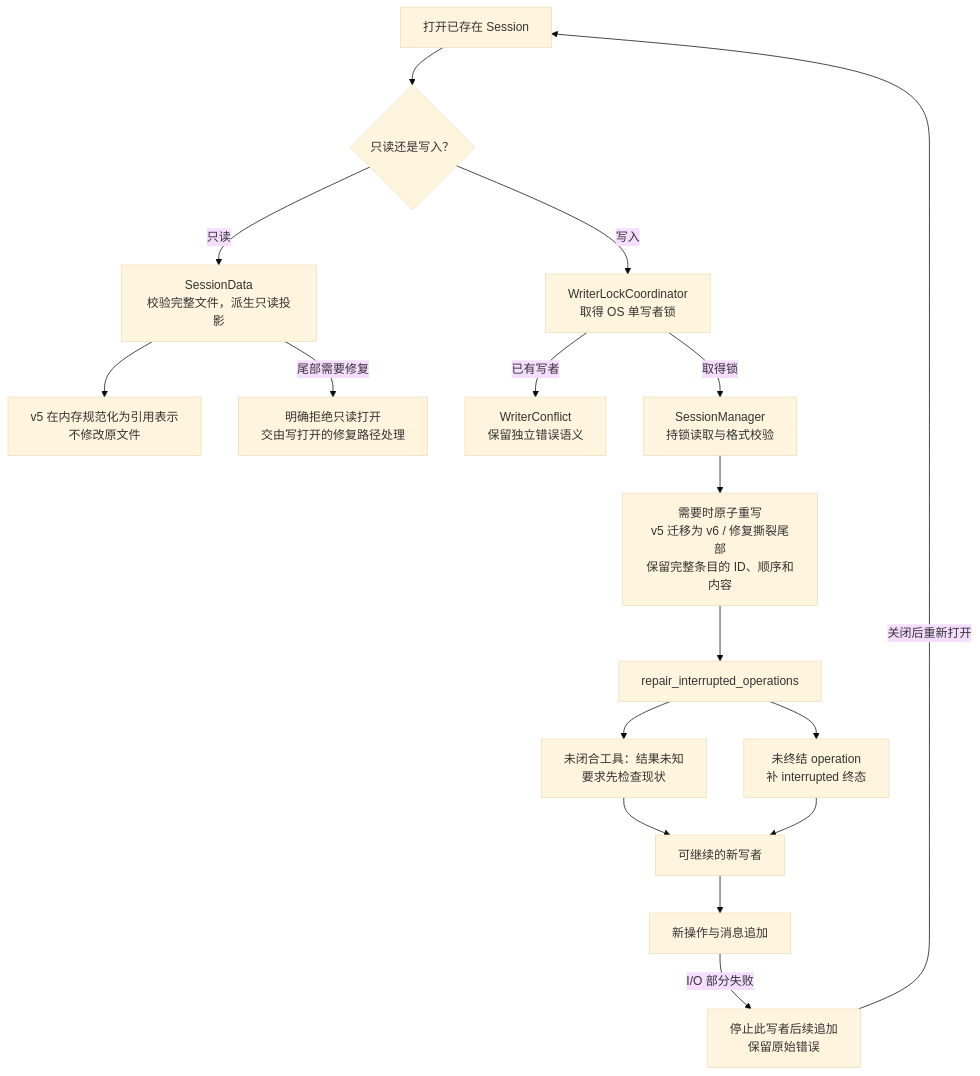
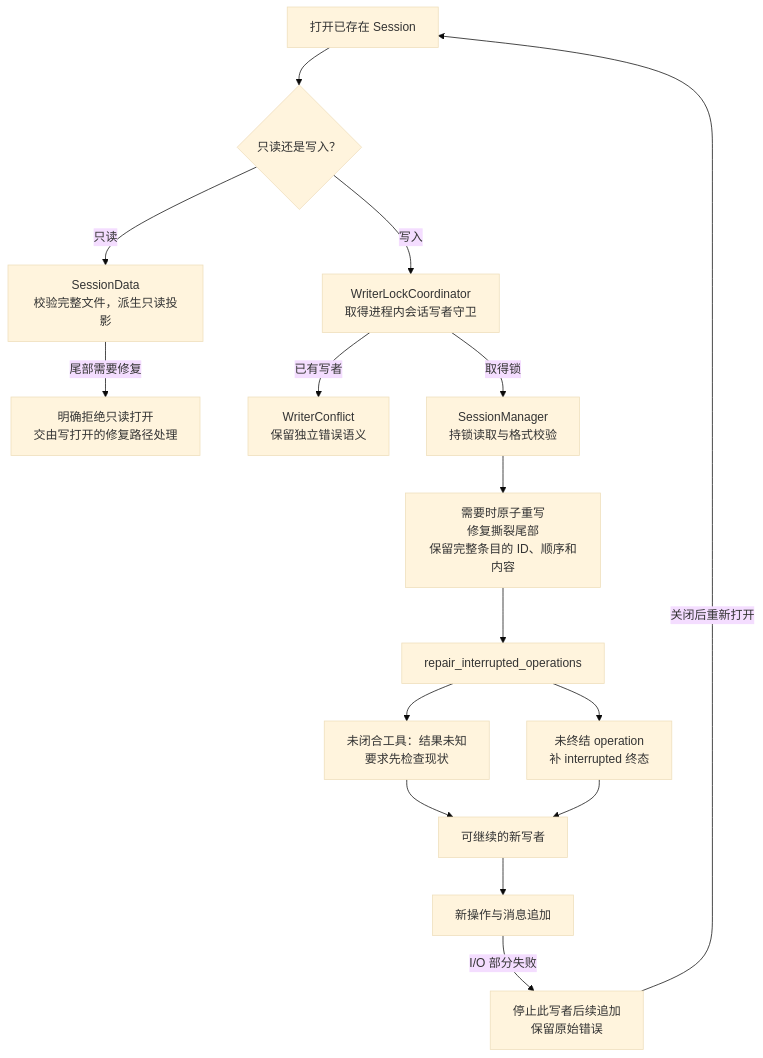
Diagram 28 of 29 in docs/singularity.md (qjcnmd/singularity-agent), drawn with Mermaid (base theme) before and after one commit. The commit also changed other lines of this file and 99 other files, not shown here.

````diff
--- a/docs/singularity.md
+++ b/docs/singularity.md
@@ -738,19 +730,18 @@
 ```mermaid
 flowchart TB
     Open["打开已存在 Session"] --> Mode{"只读还是写入？"}
     Mode -->|"只读"| Read["SessionData<br/>校验完整文件，派生只读投影"]
-    Read --> LegacyRead["v5 在内存规范化为引用表示<br/>不修改原文件"]
     Read -->|"尾部需要修复"| ReadError["明确拒绝只读打开<br/>交由写打开的修复路径处理"]
-    Mode -->|"写入"| Lock["WriterLockCoordinator<br/>取得 OS 单写者锁"]
+    Mode -->|"写入"| Lock["WriterLockCoordinator<br/>取得进程内会话写者守卫"]
     Lock -->|"已有写者"| Conflict["WriterConflict<br/>保留独立错误语义"]
     Lock -->|"取得锁"| Manager["SessionManager<br/>持锁读取与格式校验"]
-    Manager --> Rewrite["需要时原子重写<br/>v5 迁移为 v6 / 修复撕裂尾部<br/>保留完整条目的 ID、顺序和内容"]
+    Manager --> Rewrite["需要时原子重写<br/>修复撕裂尾部<br/>保留完整条目的 ID、顺序和内容"]
     Rewrite --> Repair["repair_interrupted_operations"]
     Repair --> Unknown["未闭合工具：结果未知<br/>要求先检查现状"]
     Repair --> Interrupted["未终结 operation<br/>补 interrupted 终态"]
     Unknown --> Ready["可继续的新写者"]
     Interrupted --> Ready
     Ready --> Append["新操作与消息追加"]
     Append -->|"I/O 部分失败"| Stop["停止此写者后续追加<br/>保留原始错误"]
     Stop -->|"关闭后重新打开"| Open
 ```
````
